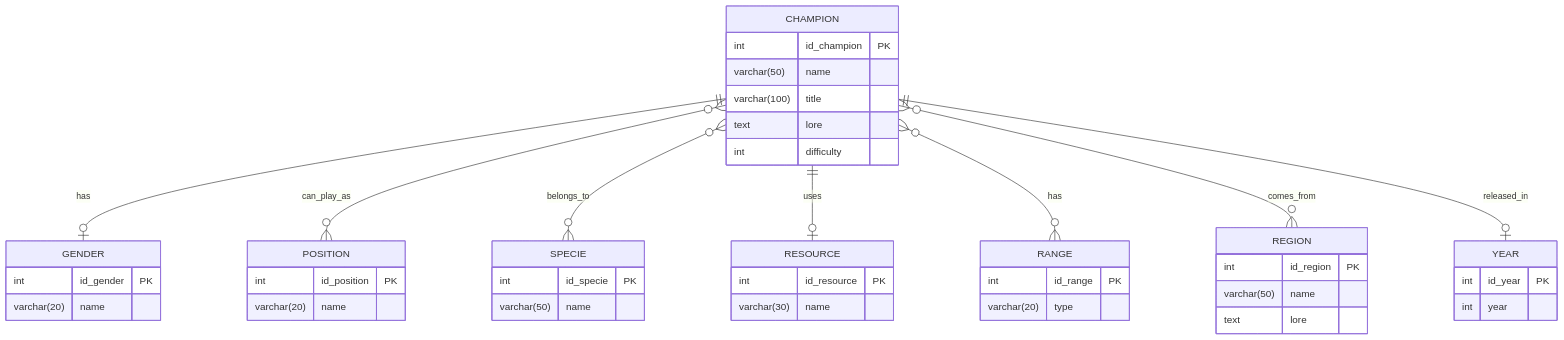
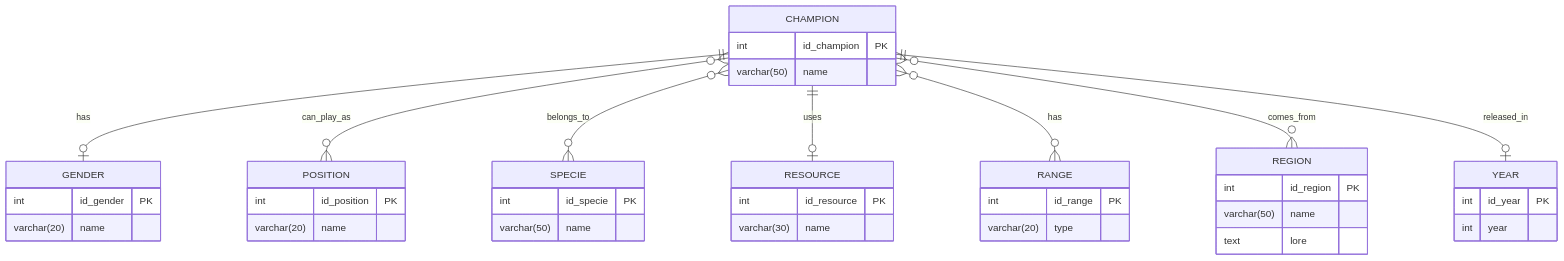
One commit to osman699/BTS2-CIEL-IR-MCD-2024-2025 changed the diagram in TP_integration_MCD.md. Above: the diagram before and after it, drawn with Mermaid.

````diff
--- a/TP_integration_MCD.md
+++ b/TP_integration_MCD.md
@@ -59,47 +59,44 @@
 ```mermaid
 erDiagram
     CHAMPION {
         int id_champion PK
         varchar(50) name
-        varchar(100) title
-        text lore
-        int difficulty
     }
     GENDER {
         int id_gender PK
         varchar(20) name
     }
     POSITION {
         int id_position PK
         varchar(20) name
     }
     SPECIE {
         int id_specie PK
         varchar(50) name
     }
     RESOURCE {
         int id_resource PK
         varchar(30) name
     }
     RANGE {
         int id_range PK
         varchar(20) type
     }
     REGION {
         int id_region PK
         varchar(50) name
         text lore
     }
     YEAR {
         int id_year PK
         int year
     }
 
     CHAMPION ||--o| GENDER : "has"
     CHAMPION }o--o{ POSITION : "can_play_as"
     CHAMPION }o--o{ SPECIE : "belongs_to"
     CHAMPION ||--o| RESOURCE : "uses"
     CHAMPION }o--o{ RANGE : "has"
     CHAMPION }o--o{ REGION : "comes_from"
     CHAMPION ||--o| YEAR : "released_in"
 ```
````
